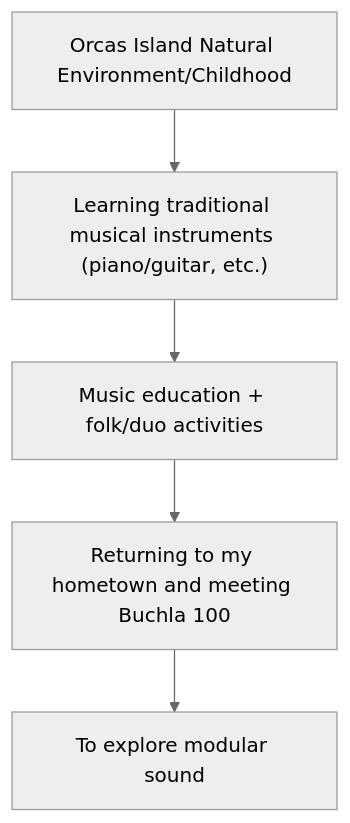
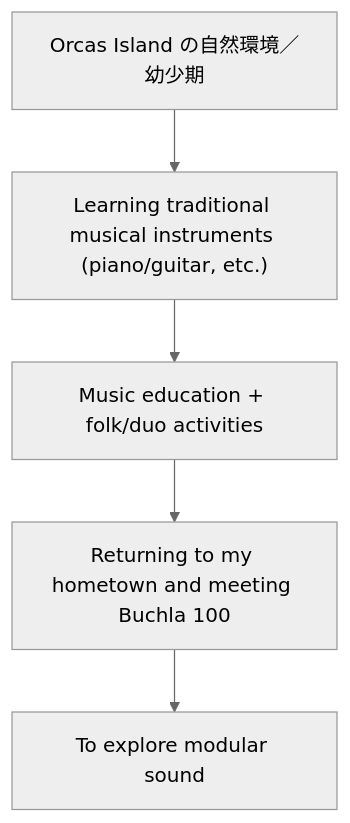
One commit to monumental-movement/monumental-movement.github.io changed the first of 2 diagrams in en/_posts/2025-12-01-column-kaitlyn-aurelia-smith.md. Above: the diagram before and after it, drawn with Mermaid (neutral theme). The commit also changed other lines of this file and 775 other files, not shown here.

```diff
--- a/en/_posts/2025-12-01-column-kaitlyn-aurelia-smith.md
+++ b/en/_posts/2025-12-01-column-kaitlyn-aurelia-smith.md
@@ -140,7 +140,7 @@
 <div class="mermaid">
 graph TD
-    A["Orcas Island Natural Environment/Childhood"] --> B["Learning traditional musical instruments (piano/guitar, etc.)"]
+    A["Orcas Island の自然環境／幼少期"] --> B["Learning traditional musical instruments (piano/guitar, etc.)"]
     B --> C["Music education + folk/duo activities"]
     C --> D["Returning to my hometown and meeting Buchla 100"]
     D --> E["To explore modular sound"]
 </div>
```
